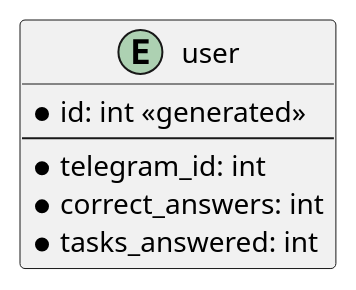
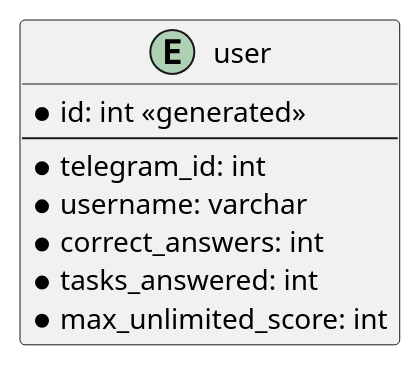
Before and after one commit to K0valevK/LanguageTestBot: the diagram in docs/user_db.puml, drawn with PlantUML. The commit also changed 80 other files, not shown here.

```diff
--- a/docs/user_db.puml
+++ b/docs/user_db.puml
@@ -1,11 +1,13 @@
 @startuml
 
 entity user {
     * id: int <<generated>>
     --
     * telegram_id: int
+    * username: varchar
     * correct_answers: int
     * tasks_answered: int
+    * max_unlimited_score: int
 }
 
 @enduml
```
